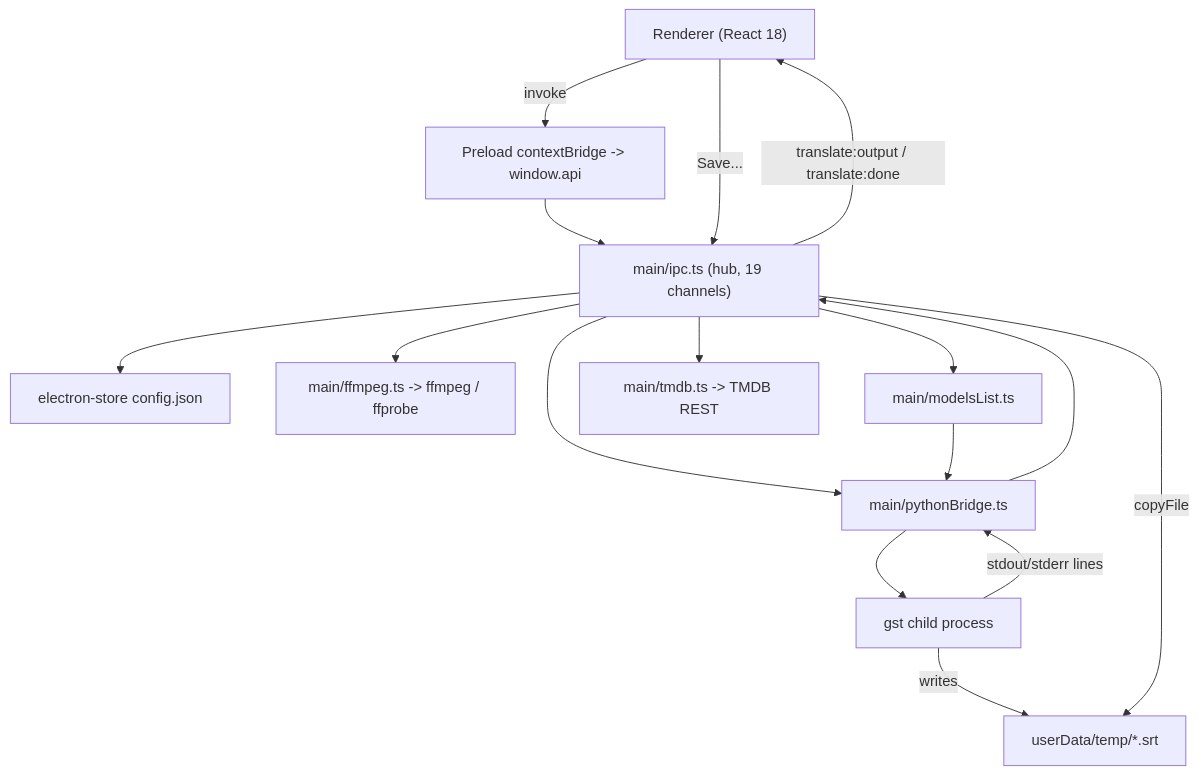
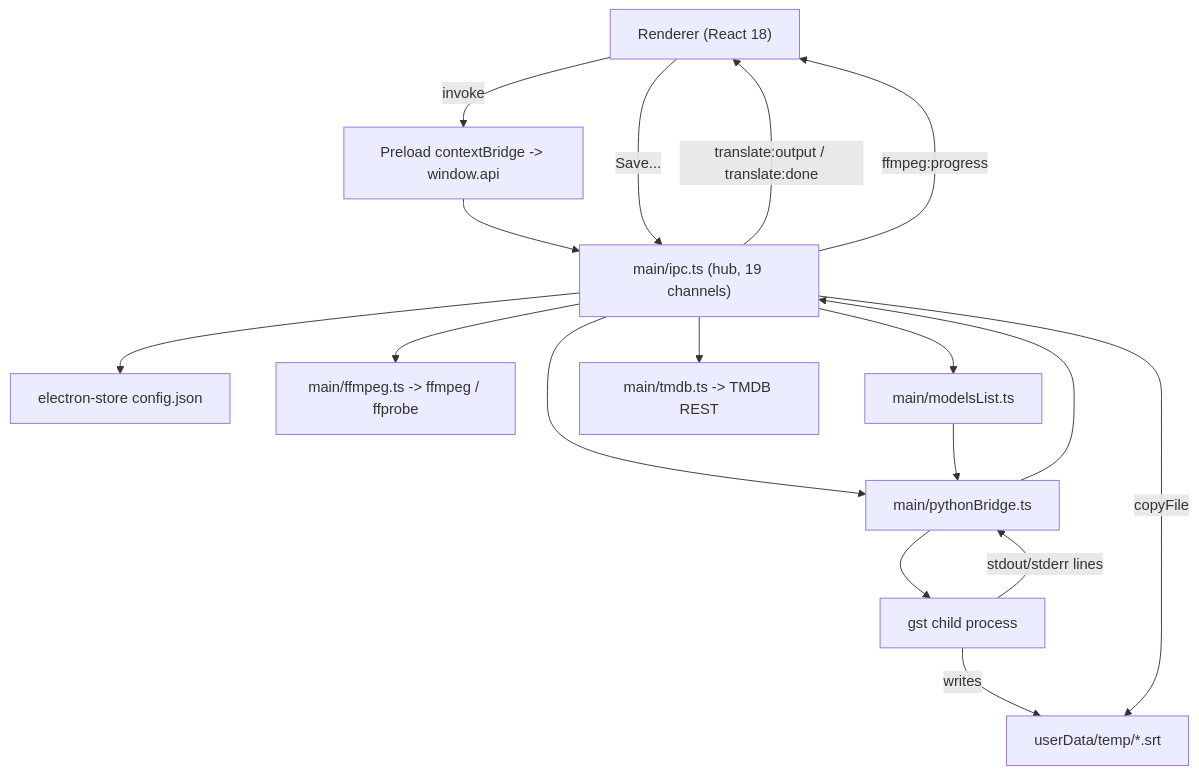
Before and after one commit to Akila3/SRT-AI-Translator: the diagram in ARCHITECTURE.md, drawn with Mermaid. The commit also changed other lines of this file and 14 other files, not shown here.

````diff
--- a/ARCHITECTURE.md
+++ b/ARCHITECTURE.md
@@ -53,24 +53,25 @@
 ```mermaid
 flowchart TD
     R["Renderer (React 18)"]
     P["Preload contextBridge -> window.api"]
     I["main/ipc.ts (hub, 19 channels)"]
     S["electron-store config.json"]
     PB["main/pythonBridge.ts"]
     G["gst child process"]
     FF["main/ffmpeg.ts -> ffmpeg / ffprobe"]
     ML["main/modelsList.ts"]
     TM["main/tmdb.ts -> TMDB REST"]
     Tmp["userData/temp/*.srt"]
 
     R -->|invoke| P --> I
     I --> S
     I --> PB --> G
     I --> FF
     I --> ML --> PB
     I --> TM
     G -->|stdout/stderr lines| PB --> I
     I -->|"translate:output / translate:done"| R
+    I -->|"ffmpeg:progress"| R
     G -->|writes| Tmp
     R -->|"Save..."| I -->|copyFile| Tmp
 ```
````
